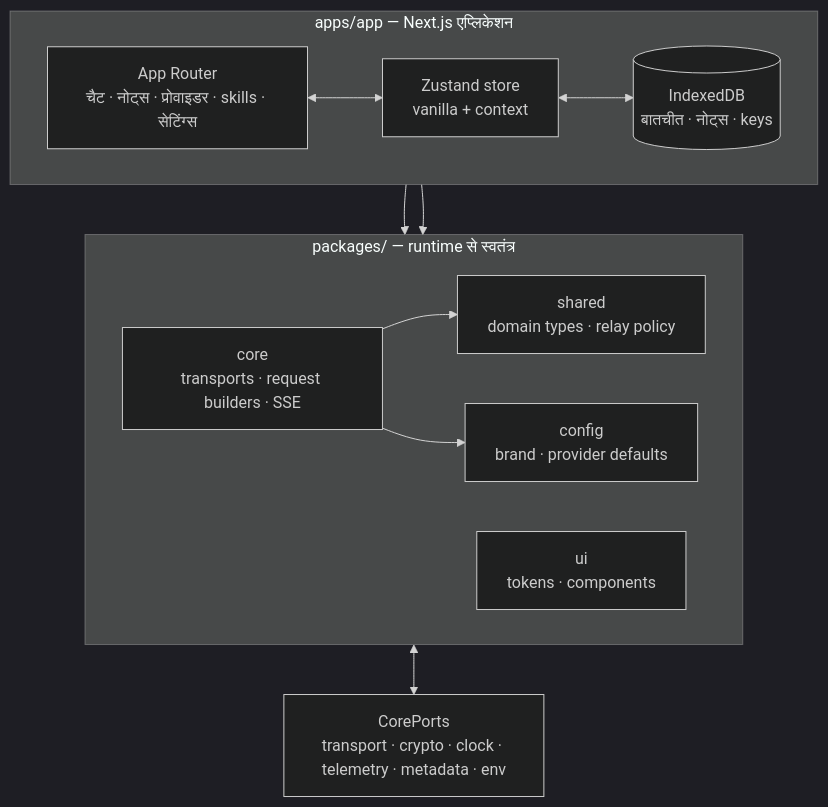
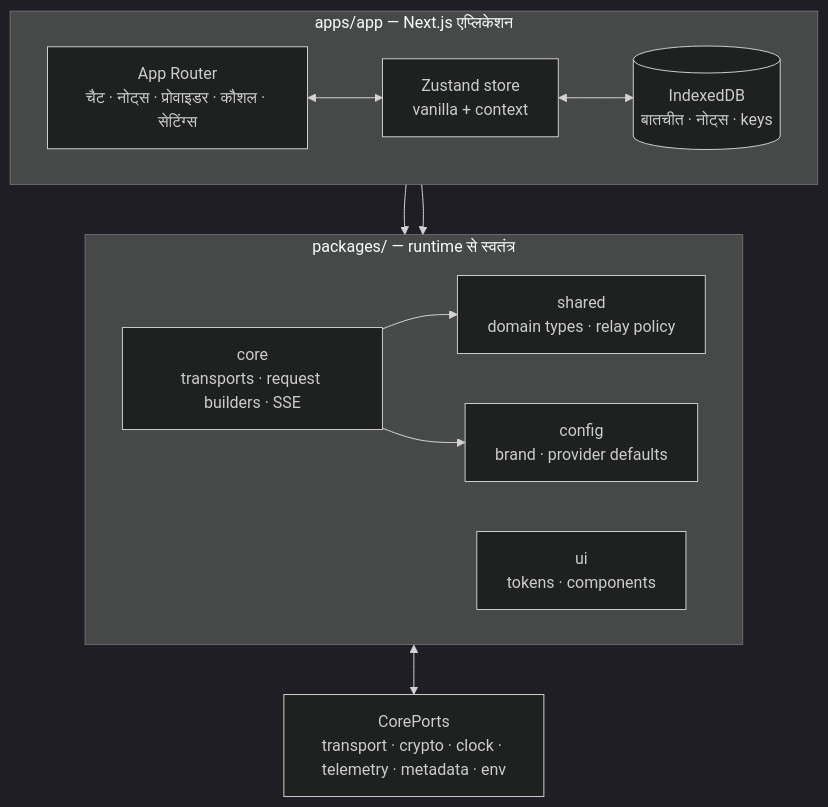
The second of 2 diagrams in readme_i18n/hi/web.md (oriveo/oriveo), drawn with Mermaid (dark theme) before and after one commit. The commit also changed other lines of this file and 89 other files, not shown here.

````diff
--- a/readme_i18n/hi/web.md
+++ b/readme_i18n/hi/web.md
@@ -119,25 +120,25 @@
 ```mermaid
 flowchart TB
     subgraph app ["apps/app — Next.js एप्लिकेशन"]
         direction LR
-        routes["App Router<br/>चैट · नोट्स · प्रोवाइडर · skills · सेटिंग्स"]
+        routes["App Router<br/>चैट · नोट्स · प्रोवाइडर · कौशल · सेटिंग्स"]
         store["Zustand store<br/>vanilla + context"]
         idb[("IndexedDB<br/>बातचीत · नोट्स · keys")]
     end
 
     subgraph pkgs ["packages/ — runtime से स्वतंत्र"]
         direction LR
         core["core<br/>transports · request builders · SSE"]
         shared["shared<br/>domain types · relay policy"]
         ui["ui<br/>tokens · components"]
         config["config<br/>brand · provider defaults"]
     end
 
     ports["CorePorts<br/>transport · crypto · clock · telemetry · metadata · env"]
 
     routes <--> store <--> idb
     store --> core
     core --> shared & config
     routes --> ui
     core <--> ports
 ```
````
